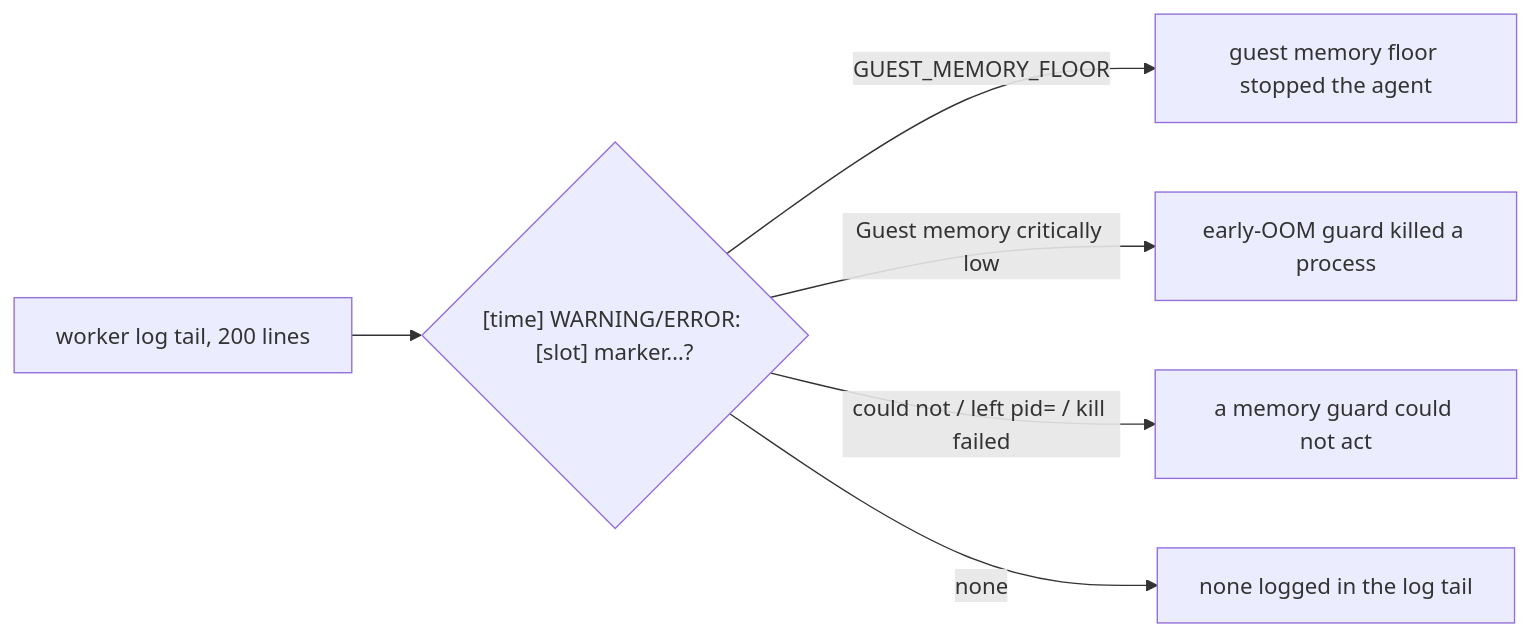
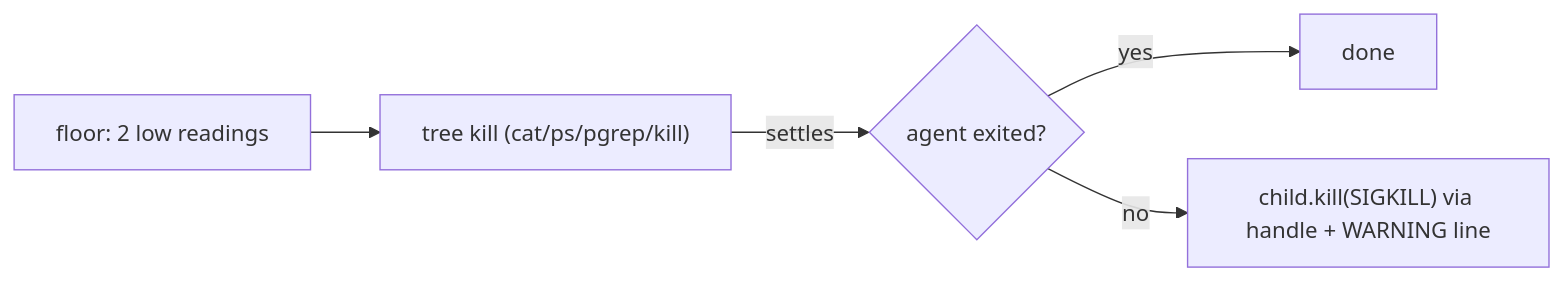
The diagram in docs/archive/pr-summaries/pr-summary-5638.md (stSoftwareAU/VibeCoder), drawn with Mermaid before and after one commit. The commit also changed other lines of this file, not shown here.

First line of the commit message:
Stop the agent through its handle when the floor's tree kill cannot (Issue #5638)

````diff
--- a/docs/archive/pr-summaries/pr-summary-5638.md
+++ b/docs/archive/pr-summaries/pr-summary-5638.md
@@ -61,8 +62,7 @@
 ```mermaid
 flowchart LR
-    T[worker log tail, 200 lines] --> H{"[time] WARNING/ERROR: [slot] marker…?"}
-    H -->|GUEST_MEMORY_FLOOR| F[guest memory floor stopped the agent]
-    H -->|Guest memory critically low| K[early-OOM guard killed a process]
-    H -->|could not / left pid= / kill failed| C[a memory guard could not act]
-    H -->|none| N[none logged in the log tail]
+    F[floor: 2 low readings] --> T["tree kill (cat/ps/pgrep/kill)"]
+    T -->|settles| X{agent exited?}
+    X -->|yes| D[done]
+    X -->|no| H["child.kill(SIGKILL) via handle + WARNING line"]
 ```
````
